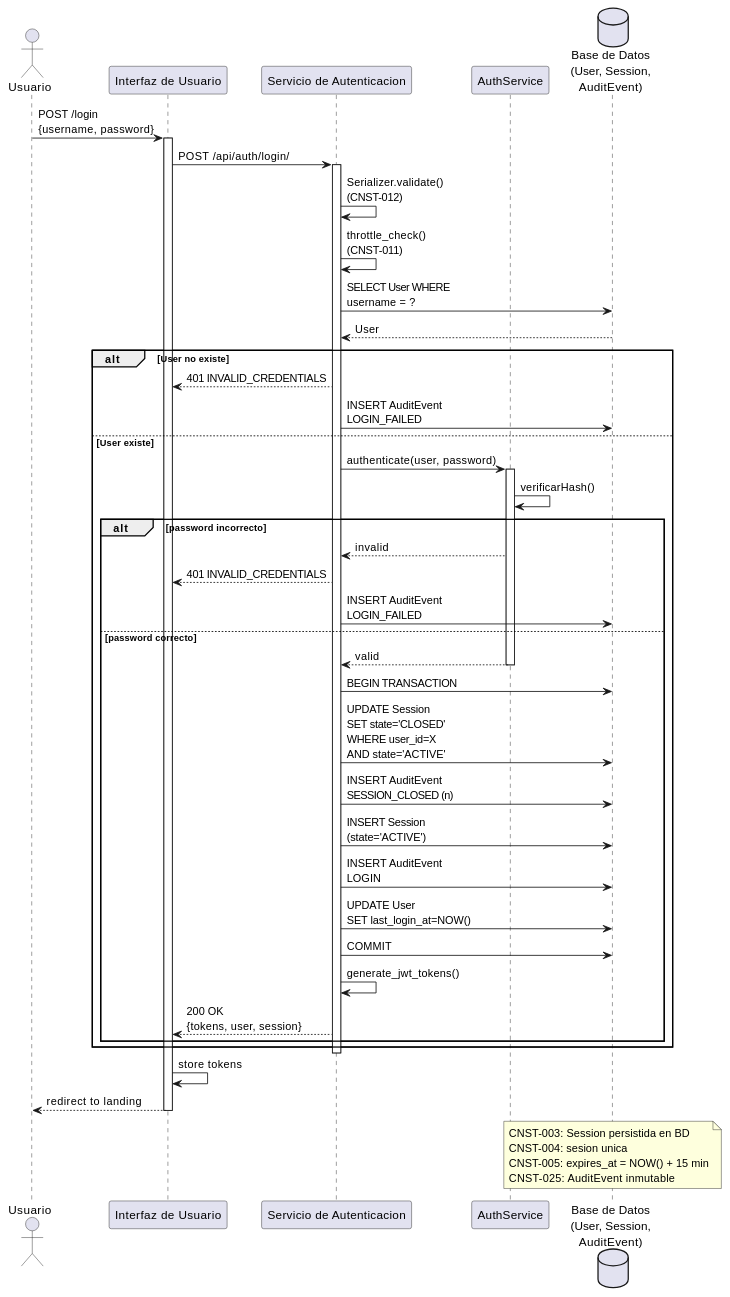
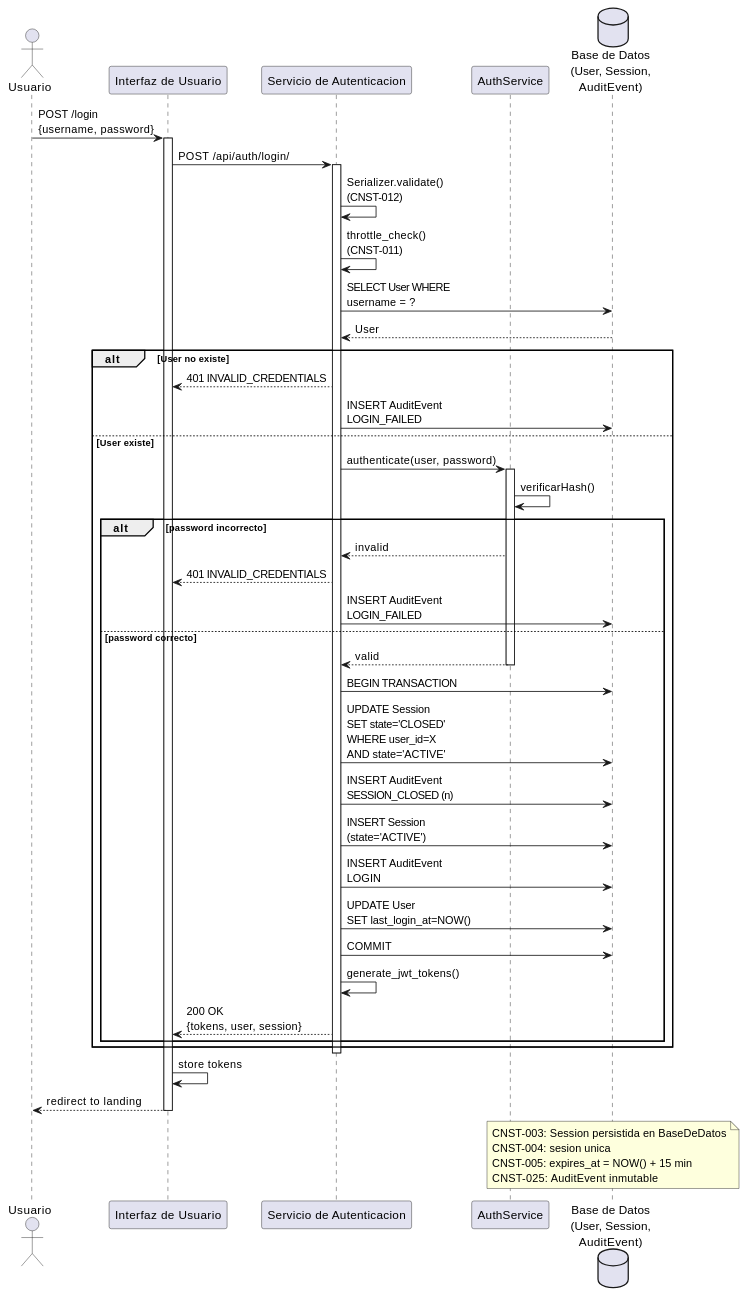
The second of 4 diagrams in source/requisitos/casos-uso/auth/uc-auth-01/diagramas-uml.rst (jcg-admin/IACT-docs), drawn with PlantUML before and after one commit. The commit also changed other lines of this file and 79 other files, not shown here.

First line of the commit message:
Sweep cryptic aliases in UC diagramas-uml files

```diff
--- a/source/requisitos/casos-uso/auth/uc-auth-01/diagramas-uml.rst
+++ b/source/requisitos/casos-uso/auth/uc-auth-01/diagramas-uml.rst
@@ -63,64 +63,64 @@
 .. uml::
  :caption: UC_AUTH_01 — secuencia del flujo principal
 
  @startuml
 
- actor       Usuario as U
- participant "Interfaz de Usuario" as F
- participant "Servicio de Autenticacion" as V
- participant "AuthService" as Svc
- database    "Base de Datos\n(User, Session,\nAuditEvent)" as BD
+ actor       Usuario as Usuario
+ participant "Interfaz de Usuario" as InterfazDeUsuario
+ participant "Servicio de Autenticacion" as ServicioDeAutenticacion
+ participant "AuthService" as Authservice
+ database    "Base de Datos\n(User, Session,\nAuditEvent)" as BaseDeDatos
 
- U -> F : POST /login\n{username, password}
- activate F
+ Usuario -> InterfazDeUsuario : POST /login\n{username, password}
+ activate InterfazDeUsuario
 
- F -> V : POST /api/auth/login/
- activate V
+ InterfazDeUsuario -> ServicioDeAutenticacion : POST /api/auth/login/
+ activate ServicioDeAutenticacion
 
- V -> V : Serializer.validate()\n(CNST-012)
- V -> V : throttle_check()\n(CNST-011)
+ ServicioDeAutenticacion -> ServicioDeAutenticacion : Serializer.validate()\n(CNST-012)
+ ServicioDeAutenticacion -> ServicioDeAutenticacion : throttle_check()\n(CNST-011)
 
- V -> BD : SELECT User WHERE\nusername = ?
- BD --> V : User
+ ServicioDeAutenticacion -> BaseDeDatos : SELECT User WHERE\nusername = ?
+ BaseDeDatos --> ServicioDeAutenticacion : User
 
  alt User no existe
-   V --> F : 401 INVALID_CREDENTIALS
-   V -> BD : INSERT AuditEvent\nLOGIN_FAILED
+   ServicioDeAutenticacion --> InterfazDeUsuario : 401 INVALID_CREDENTIALS
+   ServicioDeAutenticacion -> BaseDeDatos : INSERT AuditEvent\nLOGIN_FAILED
  else User existe
-   V -> Svc : authenticate(user, password)
-   activate Svc
-   Svc -> Svc : verificarHash()
+   ServicioDeAutenticacion -> Authservice : authenticate(user, password)
+   activate Authservice
+   Authservice -> Authservice : verificarHash()
    alt password incorrecto
-     Svc --> V : invalid
-     V --> F : 401 INVALID_CREDENTIALS
-     V -> BD : INSERT AuditEvent\nLOGIN_FAILED
+     Authservice --> ServicioDeAutenticacion : invalid
+     ServicioDeAutenticacion --> InterfazDeUsuario : 401 INVALID_CREDENTIALS
+     ServicioDeAutenticacion -> BaseDeDatos : INSERT AuditEvent\nLOGIN_FAILED
    else password correcto
-     Svc --> V : valid
-     deactivate Svc
+     Authservice --> ServicioDeAutenticacion : valid
+     deactivate Authservice
 
-     V -> BD : BEGIN TRANSACTION
-     V -> BD : UPDATE Session\nSET state='CLOSED'\nWHERE user_id=X\nAND state='ACTIVE'
-     V -> BD : INSERT AuditEvent\nSESSION_CLOSED (n)
-     V -> BD : INSERT Session\n(state='ACTIVE')
-     V -> BD : INSERT AuditEvent\nLOGIN
-     V -> BD : UPDATE User\nSET last_login_at=NOW()
-     V -> BD : COMMIT
+     ServicioDeAutenticacion -> BaseDeDatos : BEGIN TRANSACTION
+     ServicioDeAutenticacion -> BaseDeDatos : UPDATE Session\nSET state='CLOSED'\nWHERE user_id=X\nAND state='ACTIVE'
+     ServicioDeAutenticacion -> BaseDeDatos : INSERT AuditEvent\nSESSION_CLOSED (n)
+     ServicioDeAutenticacion -> BaseDeDatos : INSERT Session\n(state='ACTIVE')
+     ServicioDeAutenticacion -> BaseDeDatos : INSERT AuditEvent\nLOGIN
+     ServicioDeAutenticacion -> BaseDeDatos : UPDATE User\nSET last_login_at=NOW()
+     ServicioDeAutenticacion -> BaseDeDatos : COMMIT
 
-     V -> V : generate_jwt_tokens()
-     V --> F : 200 OK\n{tokens, user, session}
+     ServicioDeAutenticacion -> ServicioDeAutenticacion : generate_jwt_tokens()
+     ServicioDeAutenticacion --> InterfazDeUsuario : 200 OK\n{tokens, user, session}
    end
  end
- deactivate V
+ deactivate ServicioDeAutenticacion
 
- F -> F : store tokens
- F --> U : redirect to landing
- deactivate F
+ InterfazDeUsuario -> InterfazDeUsuario : store tokens
+ InterfazDeUsuario --> Usuario : redirect to landing
+ deactivate InterfazDeUsuario
 
- note over BD
-   CNST-003: Session persistida en BD
+ note over BaseDeDatos
+   CNST-003: Session persistida en BaseDeDatos
    CNST-004: sesion unica
    CNST-005: expires_at = NOW() + 15 min
    CNST-025: AuditEvent inmutable
  end note
 
  @enduml
```
